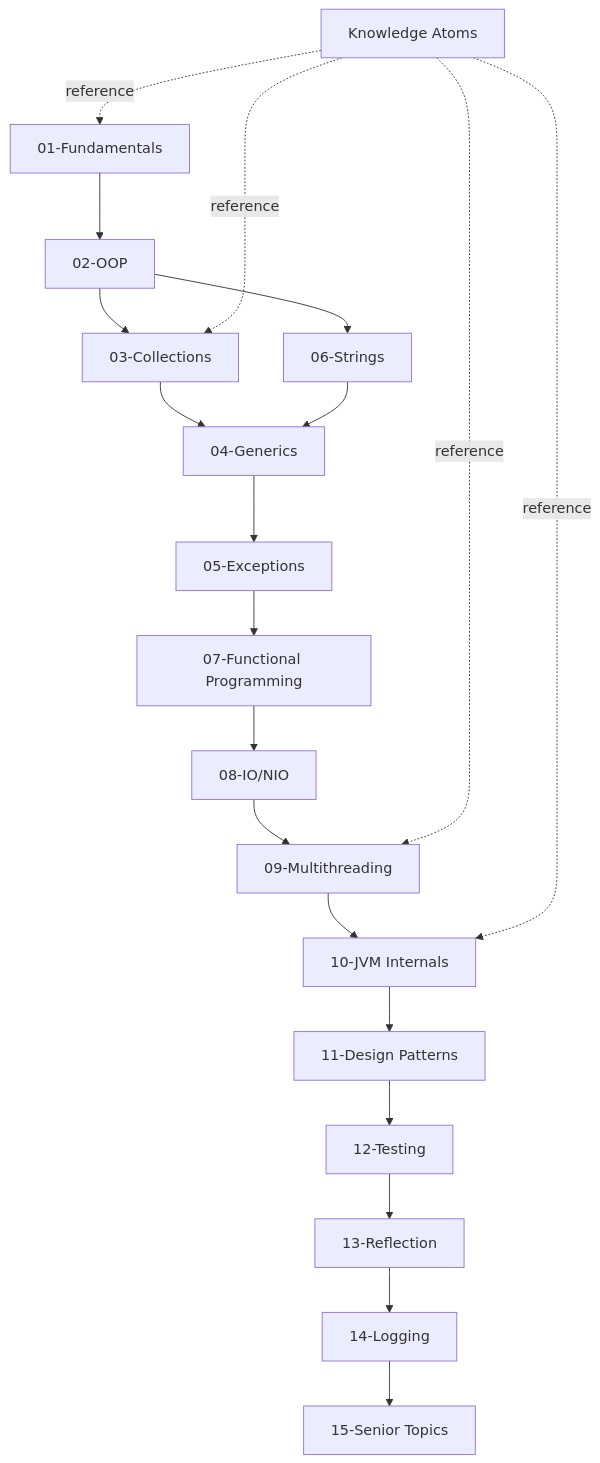
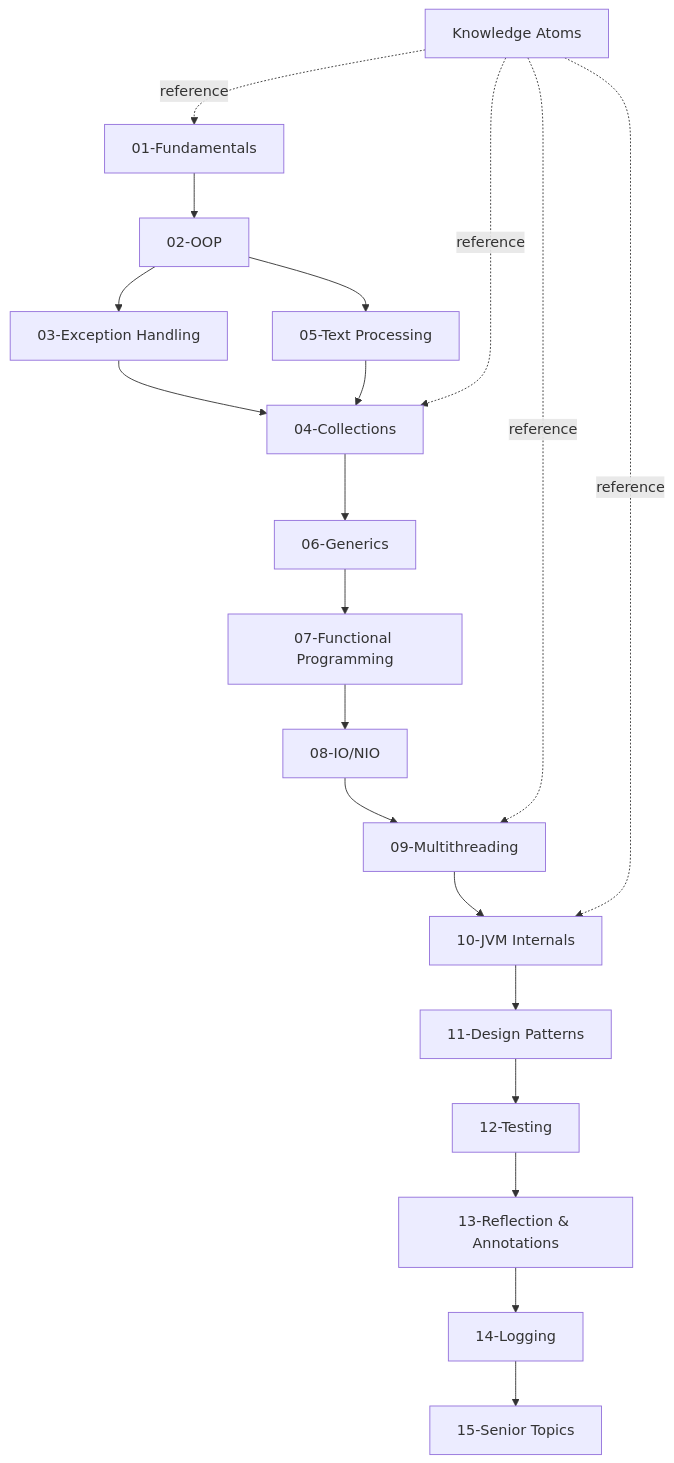
The diagram in 01-programming-languages/Java/README.md (javaengineeringacademy/java-engineering-academy), drawn with Mermaid before and after one commit. The commit also changed other lines of this file and 171 other files, not shown here.

````diff
--- a/01-programming-languages/Java/README.md
+++ b/01-programming-languages/Java/README.md
@@ -66,23 +66,23 @@
 ```mermaid
 graph TD
     A[01-Fundamentals] --> B[02-OOP]
-    B --> C[03-Collections]
-    B --> D[06-Strings]
-    C --> E[04-Generics]
+    B --> C[03-Exception Handling]
+    B --> D[05-Text Processing]
+    C --> E[04-Collections]
     D --> E
-    E --> F[05-Exceptions]
+    E --> F[06-Generics]
     F --> G[07-Functional Programming]
     G --> H[08-IO/NIO]
     H --> I[09-Multithreading]
     I --> J[10-JVM Internals]
     J --> K[11-Design Patterns]
     K --> L[12-Testing]
-    L --> M[13-Reflection]
+    L --> M[13-Reflection & Annotations]
     M --> N[14-Logging]
     N --> O[15-Senior Topics]
     
     P[Knowledge Atoms] -.->|reference| A
-    P -.->|reference| C
+    P -.->|reference| E
     P -.->|reference| I
     P -.->|reference| J
 ```
````
